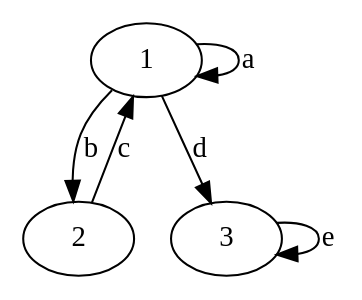
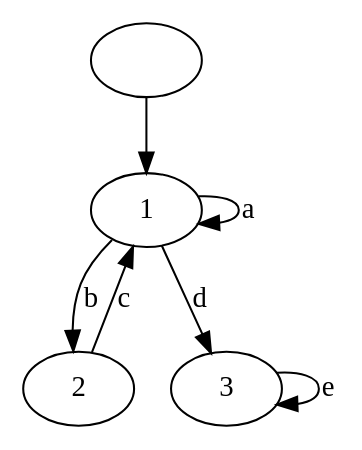
One commit to Isotactics/deciding-isotactics changed the diagram in isotactics/resources/m1.dot. Above: the diagram before and after it, drawn with Graphviz. The commit also changed 11 other files, not shown here.

First line of the commit message:
Refactoring:   * function namespaces für:     * Graph     * Alignment     * Util

```diff
--- a/isotactics/resources/m1.dot
+++ b/isotactics/resources/m1.dot
@@ -1,7 +1,8 @@
 digraph {
-  1 -> 1 [label="a", lowlink="0"];
-  1 -> 2 [label="b", lowlink="0"];
-  1 -> 3 [label="d", lowlink="0"];
-  2 -> 1 [label="c", lowlink="0"];
-  3 -> 3 [label="e", lowlink="0"];
+  ""  -> 1  [label="", lowlink="0", start="1"];
+  1   -> 1  [label="a", lowlink="0"];
+  1   -> 2  [label="b", lowlink="0"];
+  1   -> 3  [label="d", lowlink="0"];
+  2   -> 1  [label="c", lowlink="0"];
+  3   -> 3  [label="e", lowlink="0"];
 }
```
